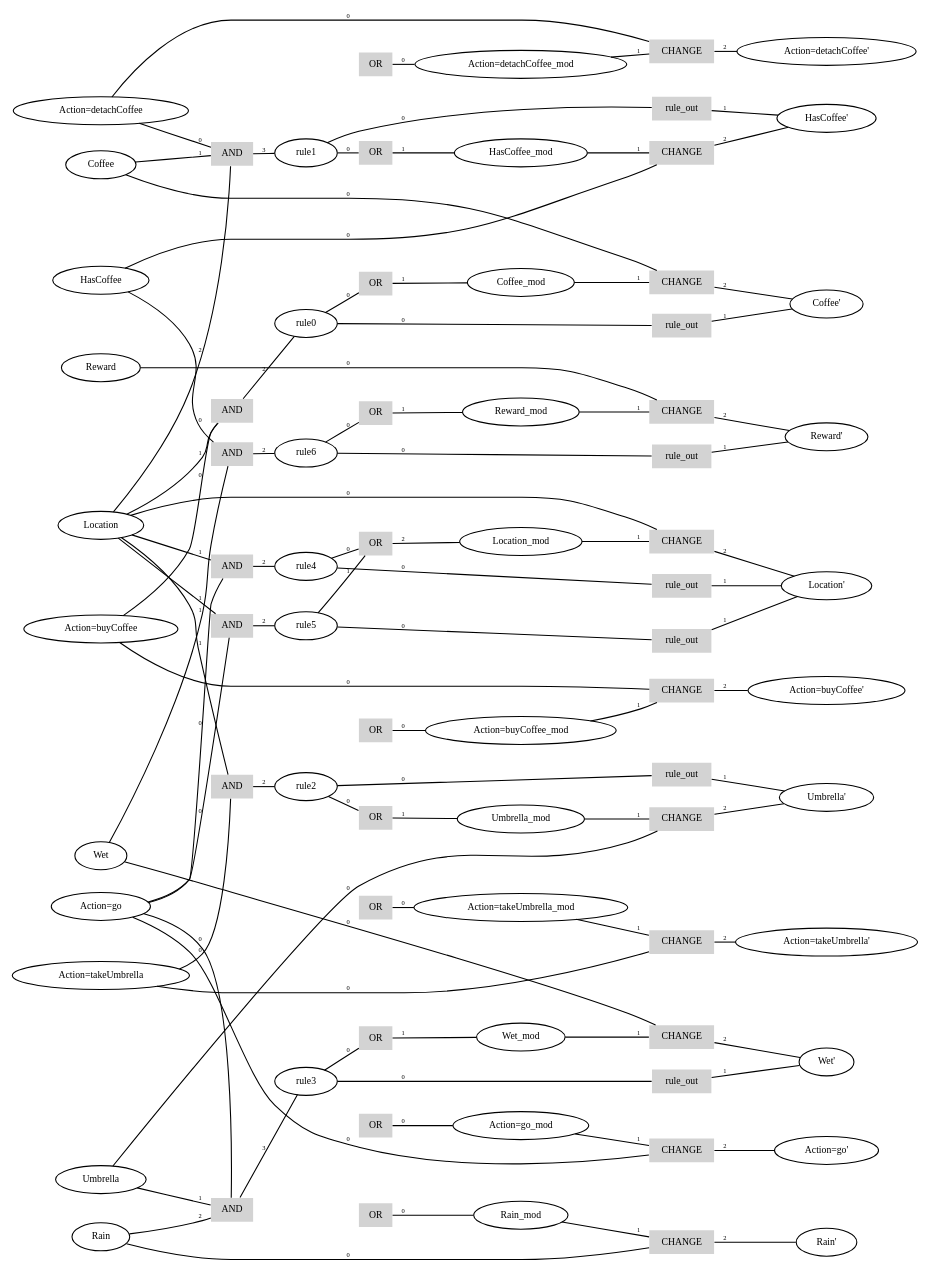
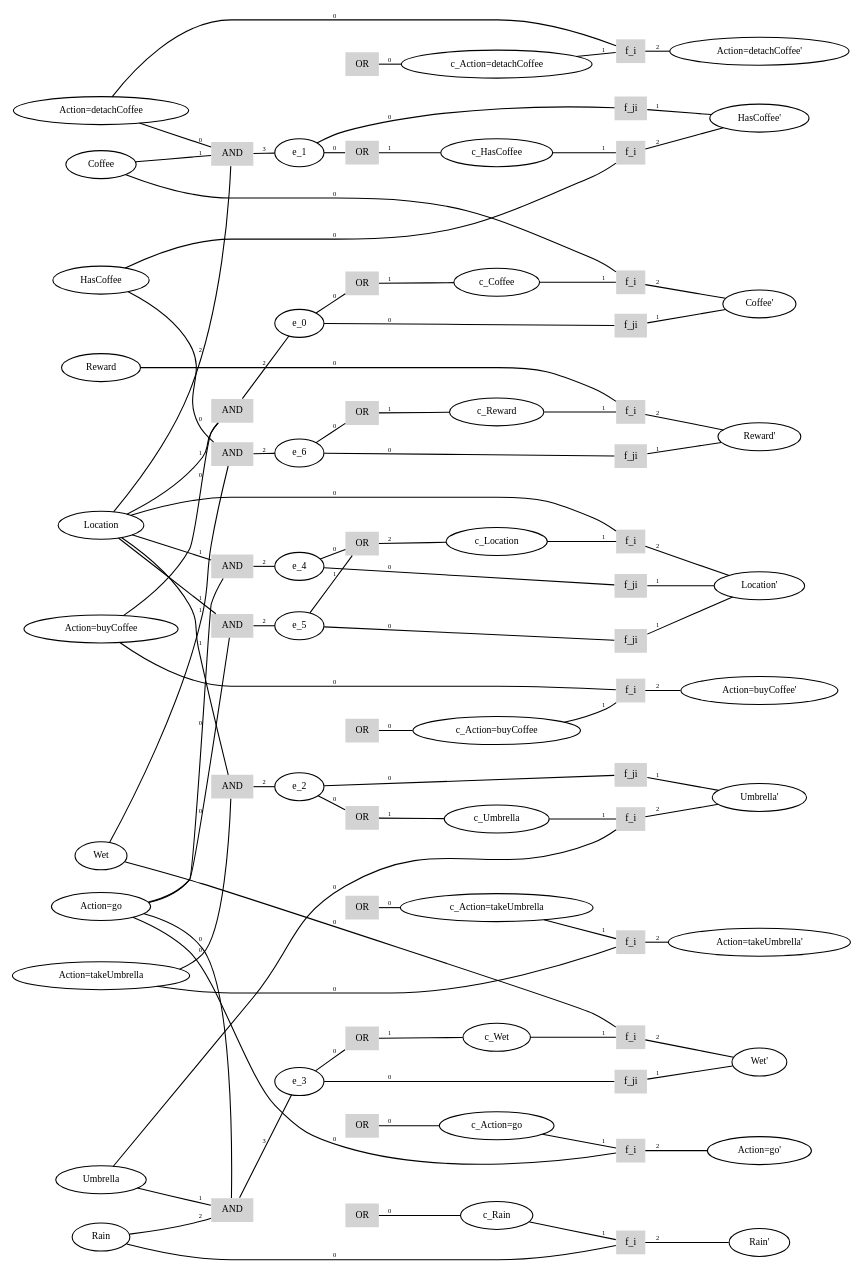
Before and after one commit to cambyse/PO-LGP: the diagram in usr/MT/09-hyperGraph/version2.dot, drawn with Graphviz. The commit also changed 1 other file, not shown here.

Commit message:
rule graph modified

```diff
--- a/usr/MT/09-hyperGraph/version2.dot
+++ b/usr/MT/09-hyperGraph/version2.dot
@@ -1,194 +1,194 @@
 graph G{
 graph [ mode=hier, rankdir=LR, ranksep=0.05 ];
 node [ fontsize=9, width=.3, height=.3 ];
 edge [ arrowtail=dot, arrowsize=.5, fontsize=6 ];
 subgraph {
 rank = same;
 0 [ label="Location", shape=ellipse ];
 1 [ label="Coffee", shape=ellipse ];
 2 [ label="Umbrella", shape=ellipse ];
 3 [ label="Rain", shape=ellipse ];
 4 [ label="HasCoffee", shape=ellipse ];
 5 [ label="Wet", shape=ellipse ];
 6 [ label="Reward", shape=ellipse ];
 7 [ label="Action=buyCoffee", shape=ellipse ];
 8 [ label="Action=detachCoffee", shape=ellipse ];
 9 [ label="Action=takeUmbrella", shape=ellipse ];
 10 [ label="Action=go", shape=ellipse ];
 }
 
 subgraph {
 rank = same;
 11 [ label="AND", shape=box, style=filled, penwidth=0 ];
 12 [ label="AND", shape=box, style=filled, penwidth=0 ];
 13 [ label="AND", shape=box, style=filled, penwidth=0 ];
 14 [ label="AND", shape=box, style=filled, penwidth=0 ];
 15 [ label="AND", shape=box, style=filled, penwidth=0 ];
 16 [ label="AND", shape=box, style=filled, penwidth=0 ];
 17 [ label="AND", shape=box, style=filled, penwidth=0 ];
 }
 
 7 -- 11 [ label=0 ];
 0 -- 11 [ label=1 ];
 11 -- 18 [ label=2 ];
 8 -- 12 [ label=0 ];
 1 -- 12 [ label=1 ];
 0 -- 12 [ label=2 ];
 12 -- 19 [ label=3 ];
 9 -- 13 [ label=0 ];
 0 -- 13 [ label=1 ];
 13 -- 20 [ label=2 ];
 10 -- 14 [ label=0 ];
 2 -- 14 [ label=1 ];
 3 -- 14 [ label=2 ];
 14 -- 21 [ label=3 ];
 10 -- 15 [ label=0 ];
 0 -- 15 [ label=1 ];
 15 -- 22 [ label=2 ];
 10 -- 16 [ label=0 ];
 0 -- 16 [ label=1 ];
 16 -- 23 [ label=2 ];
 4 -- 17 [ label=0 ];
 5 -- 17 [ label=1 ];
 17 -- 24 [ label=2 ];
 
 subgraph{
 rank=same;
-18 [ label="rule0", shape=ellipse ];
-19 [ label="rule1", shape=ellipse ];
-20 [ label="rule2", shape=ellipse ];
-21 [ label="rule3", shape=ellipse ];
-22 [ label="rule4", shape=ellipse ];
-23 [ label="rule5", shape=ellipse ];
-24 [ label="rule6", shape=ellipse ];
+18 [ label="e_0", shape=ellipse ];
+19 [ label="e_1", shape=ellipse ];
+20 [ label="e_2", shape=ellipse ];
+21 [ label="e_3", shape=ellipse ];
+22 [ label="e_4", shape=ellipse ];
+23 [ label="e_5", shape=ellipse ];
+24 [ label="e_6", shape=ellipse ];
 }
 
 25 [ label="OR", shape=box, style=filled, penwidth=0 ];
 22 -- 25 [ label=0 ];
 23 -- 25 [ label=1 ];
 25 -- 36 [ label=2 ];
 26 [ label="OR", shape=box, style=filled, penwidth=0 ];
 18 -- 26 [ label=0 ];
 26 -- 37 [ label=1 ];
 27 [ label="OR", shape=box, style=filled, penwidth=0 ];
 20 -- 27 [ label=0 ];
 27 -- 38 [ label=1 ];
 28 [ label="OR", shape=box, style=filled, penwidth=0 ];
 28 -- 39 [ label=0 ];
 29 [ label="OR", shape=box, style=filled, penwidth=0 ];
 19 -- 29 [ label=0 ];
 29 -- 40 [ label=1 ];
 30 [ label="OR", shape=box, style=filled, penwidth=0 ];
 21 -- 30 [ label=0 ];
 30 -- 41 [ label=1 ];
 31 [ label="OR", shape=box, style=filled, penwidth=0 ];
 24 -- 31 [ label=0 ];
 31 -- 42 [ label=1 ];
 32 [ label="OR", shape=box, style=filled, penwidth=0 ];
 32 -- 43 [ label=0 ];
 33 [ label="OR", shape=box, style=filled, penwidth=0 ];
 33 -- 44 [ label=0 ];
 34 [ label="OR", shape=box, style=filled, penwidth=0 ];
 34 -- 45 [ label=0 ];
 35 [ label="OR", shape=box, style=filled, penwidth=0 ];
 35 -- 46 [ label=0 ];
 
 subgraph {
 rank = same;
-36 [ label="Location_mod", shape=ellipse ];
-37 [ label="Coffee_mod", shape=ellipse ];
-38 [ label="Umbrella_mod", shape=ellipse ];
-39 [ label="Rain_mod", shape=ellipse ];
-40 [ label="HasCoffee_mod", shape=ellipse ];
-41 [ label="Wet_mod", shape=ellipse ];
-42 [ label="Reward_mod", shape=ellipse ];
-43 [ label="Action=buyCoffee_mod", shape=ellipse ];
-44 [ label="Action=detachCoffee_mod", shape=ellipse ];
-45 [ label="Action=takeUmbrella_mod", shape=ellipse ];
-46 [ label="Action=go_mod", shape=ellipse ];
+36 [ label="c_Location", shape=ellipse ];
+37 [ label="c_Coffee", shape=ellipse ];
+38 [ label="c_Umbrella", shape=ellipse ];
+39 [ label="c_Rain", shape=ellipse ];
+40 [ label="c_HasCoffee", shape=ellipse ];
+41 [ label="c_Wet", shape=ellipse ];
+42 [ label="c_Reward", shape=ellipse ];
+43 [ label="c_Action=buyCoffee", shape=ellipse ];
+44 [ label="c_Action=detachCoffee", shape=ellipse ];
+45 [ label="c_Action=takeUmbrella", shape=ellipse ];
+46 [ label="c_Action=go", shape=ellipse ];
 }
 0 -- 47 [ label=0 ];
 36 -- 47 [ label=1 ];
 47 -- 65 [ label=2 ];
 1 -- 48 [ label=0 ];
 37 -- 48 [ label=1 ];
 48 -- 66 [ label=2 ];
 2 -- 49 [ label=0 ];
 38 -- 49 [ label=1 ];
 49 -- 67 [ label=2 ];
 3 -- 50 [ label=0 ];
 39 -- 50 [ label=1 ];
 50 -- 68 [ label=2 ];
 4 -- 51 [ label=0 ];
 40 -- 51 [ label=1 ];
 51 -- 69 [ label=2 ];
 5 -- 52 [ label=0 ];
 41 -- 52 [ label=1 ];
 52 -- 70 [ label=2 ];
 6 -- 53 [ label=0 ];
 42 -- 53 [ label=1 ];
 53 -- 71 [ label=2 ];
 7 -- 54 [ label=0 ];
 43 -- 54 [ label=1 ];
 54 -- 72 [ label=2 ];
 8 -- 55 [ label=0 ];
 44 -- 55 [ label=1 ];
 55 -- 73 [ label=2 ];
 9 -- 56 [ label=0 ];
 45 -- 56 [ label=1 ];
 56 -- 74 [ label=2 ];
 10 -- 57 [ label=0 ];
 46 -- 57 [ label=1 ];
 57 -- 75 [ label=2 ];
 
 subgraph{rank=same;
-47 [ label="CHANGE", shape=box, style=filled, penwidth=0 ];
-48 [ label="CHANGE", shape=box, style=filled, penwidth=0 ];
-49 [ label="CHANGE", shape=box, style=filled, penwidth=0 ];
-50 [ label="CHANGE", shape=box, style=filled, penwidth=0 ];
-51 [ label="CHANGE", shape=box, style=filled, penwidth=0 ];
-52 [ label="CHANGE", shape=box, style=filled, penwidth=0 ];
-53 [ label="CHANGE", shape=box, style=filled, penwidth=0 ];
-54 [ label="CHANGE", shape=box, style=filled, penwidth=0 ];
-55 [ label="CHANGE", shape=box, style=filled, penwidth=0 ];
-56 [ label="CHANGE", shape=box, style=filled, penwidth=0 ];
-57 [ label="CHANGE", shape=box, style=filled, penwidth=0 ];
-58 [ label="rule_out", shape=box, style=filled, penwidth=0 ];
-59 [ label="rule_out", shape=box, style=filled, penwidth=0 ];
-60 [ label="rule_out", shape=box, style=filled, penwidth=0 ];
-61 [ label="rule_out", shape=box, style=filled, penwidth=0 ];
-62 [ label="rule_out", shape=box, style=filled, penwidth=0 ];
-63 [ label="rule_out", shape=box, style=filled, penwidth=0 ];
-64 [ label="rule_out", shape=box, style=filled, penwidth=0 ];
+47 [ label="f_i", shape=box, style=filled, penwidth=0 ];
+48 [ label="f_i", shape=box, style=filled, penwidth=0 ];
+49 [ label="f_i", shape=box, style=filled, penwidth=0 ];
+50 [ label="f_i", shape=box, style=filled, penwidth=0 ];
+51 [ label="f_i", shape=box, style=filled, penwidth=0 ];
+52 [ label="f_i", shape=box, style=filled, penwidth=0 ];
+53 [ label="f_i", shape=box, style=filled, penwidth=0 ];
+54 [ label="f_i", shape=box, style=filled, penwidth=0 ];
+55 [ label="f_i", shape=box, style=filled, penwidth=0 ];
+56 [ label="f_i", shape=box, style=filled, penwidth=0 ];
+57 [ label="f_i", shape=box, style=filled, penwidth=0 ];
+58 [ label="f_ji", shape=box, style=filled, penwidth=0 ];
+59 [ label="f_ji", shape=box, style=filled, penwidth=0 ];
+60 [ label="f_ji", shape=box, style=filled, penwidth=0 ];
+61 [ label="f_ji", shape=box, style=filled, penwidth=0 ];
+62 [ label="f_ji", shape=box, style=filled, penwidth=0 ];
+63 [ label="f_ji", shape=box, style=filled, penwidth=0 ];
+64 [ label="f_ji", shape=box, style=filled, penwidth=0 ];
 }
 18 -- 58 [ label=0 ];
 58 -- 66 [ label=1 ];
 19 -- 59 [ label=0 ];
 59 -- 69 [ label=1 ];
 20 -- 60 [ label=0 ];
 60 -- 67 [ label=1 ];
 21 -- 61 [ label=0 ];
 61 -- 70 [ label=1 ];
 22 -- 62 [ label=0 ];
 62 -- 65 [ label=1 ];
 23 -- 63 [ label=0 ];
 63 -- 65 [ label=1 ];
 24 -- 64 [ label=0 ];
 64 -- 71 [ label=1 ];
 
 
 subgraph {
 rank = same;
 65 [ label="Location'", shape=ellipse ];
 66 [ label="Coffee'", shape=ellipse ];
 67 [ label="Umbrella'", shape=ellipse ];
 68 [ label="Rain'", shape=ellipse ];
 69 [ label="HasCoffee'", shape=ellipse ];
 70 [ label="Wet'", shape=ellipse ];
 71 [ label="Reward'", shape=ellipse ];
 72 [ label="Action=buyCoffee'", shape=ellipse ];
 73 [ label="Action=detachCoffee'", shape=ellipse ];
 74 [ label="Action=takeUmbrella'", shape=ellipse ];
 75 [ label="Action=go'", shape=ellipse ];
 }
 }
```
